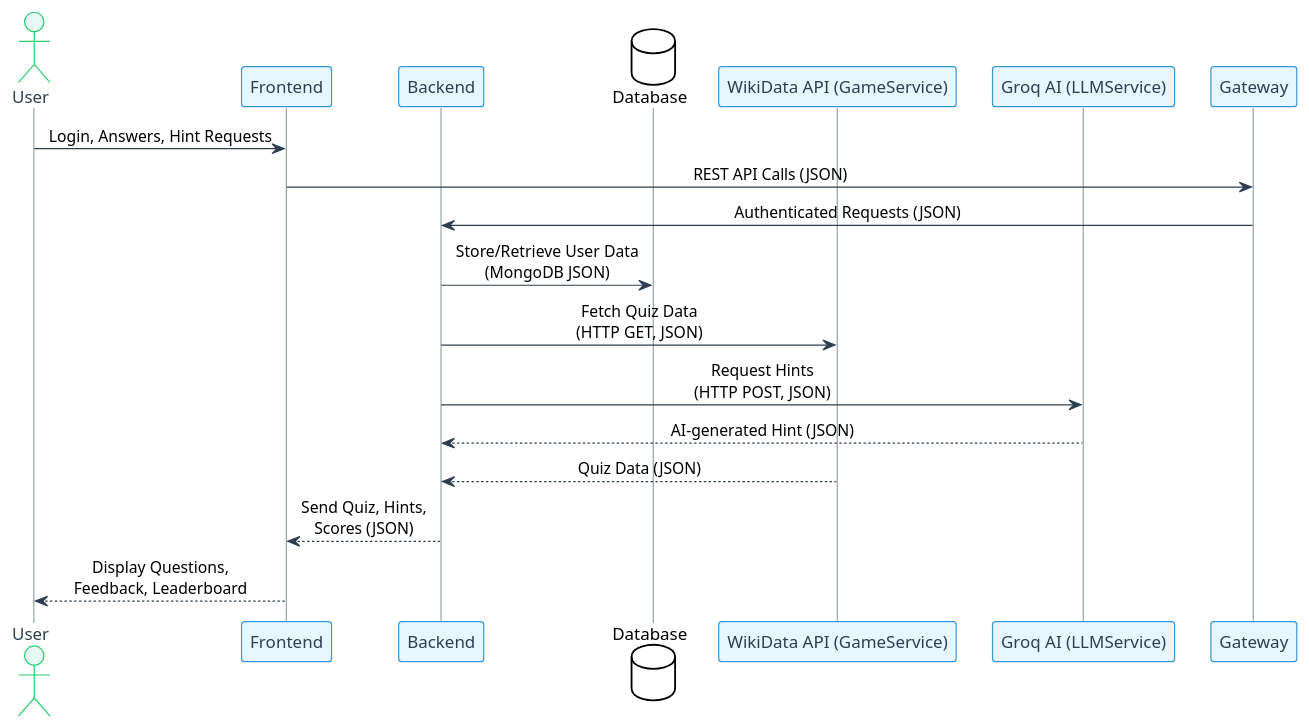
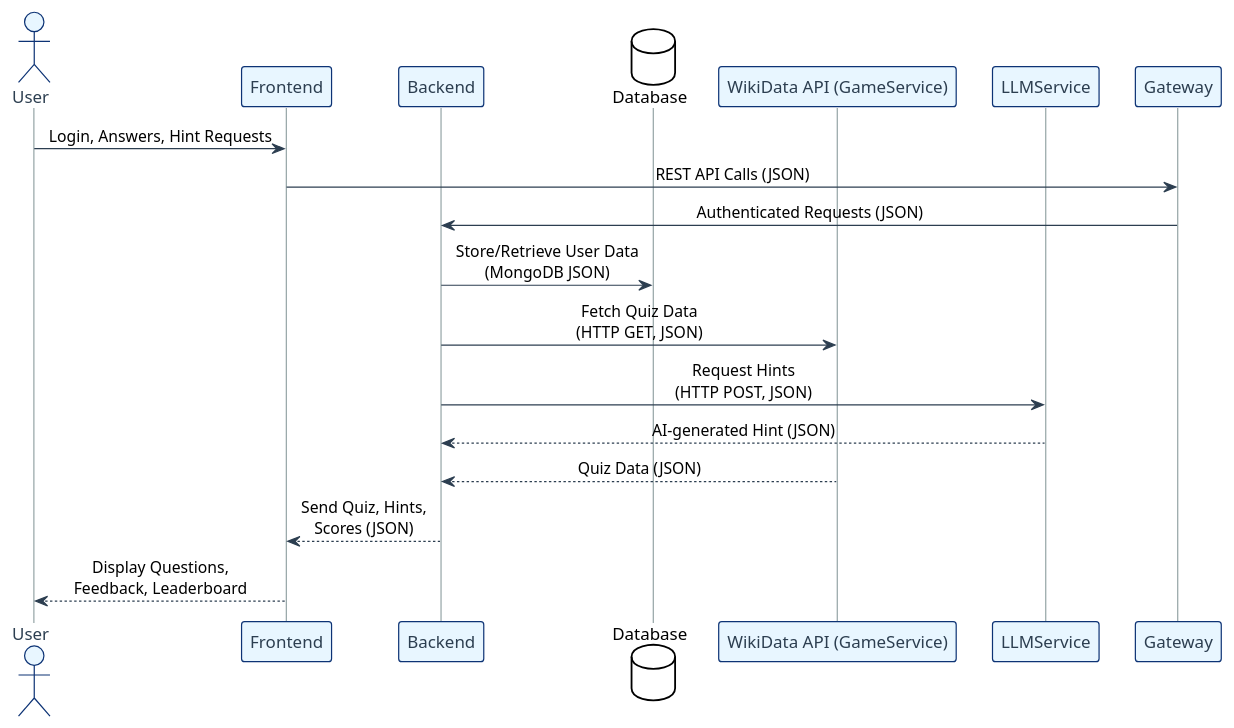
The diagram in docs/src/03_context_and_scope.adoc (Arquisoft/wichat_en2b), drawn with PlantUML before and after one commit. The commit also changed other lines of this file, not shown here.

Commit message:
3-Context and Scope diagram updates.

```diff
--- a/docs/src/03_context_and_scope.adoc
+++ b/docs/src/03_context_and_scope.adoc
@@ -97,49 +83,48 @@
 [plantuml]
 ----
 @startuml
 !theme plain
 skinparam BackgroundColor transparent
 skinparam sequenceMessageAlign center
 
-' Custom styles
 skinparam sequence {
     ArrowColor #2C3E50
     LifeLineBorderColor #95A5A6
     LifeLineBackgroundColor #ECF0F1
     
-    ParticipantBorderColor #3498DB
+    ParticipantBorderColor #0d3375
     ParticipantBackgroundColor #E8F6FF
     ParticipantFontColor #2C3E50
     ParticipantFontSize 14
     
-    ActorBorderColor #2ECC71
-    ActorBackgroundColor #E8F8F5
+    ActorBorderColor #0d3375
+    ActorBackgroundColor #E8F6FF
     ActorFontColor #2C3E50
     ActorFontSize 14
     
     DatabaseBorderColor #9B59B6
     DatabaseBackgroundColor #F4ECF7
 }
 
 actor User
 participant "Frontend" as Frontend
 participant "Backend" as Backend
 database "Database" as DB
 participant "WikiData API (GameService)" as WikiData
-participant "Groq AI (LLMService)" as AI
+participant "LLMService" as AI
 participant "Gateway" as Gateway
 
 User -> Frontend : Login, Answers, Hint Requests
 Frontend -> Gateway : REST API Calls (JSON)
 
 Gateway -> Backend : Authenticated Requests (JSON)
 Backend -> DB : Store/Retrieve User Data\n(MongoDB JSON)
 Backend -> WikiData : Fetch Quiz Data\n(HTTP GET, JSON)
 Backend -> AI : Request Hints\n(HTTP POST, JSON)
 
 AI --> Backend : AI-generated Hint (JSON)
 WikiData --> Backend : Quiz Data (JSON)
 Backend --> Frontend : Send Quiz, Hints,\nScores (JSON)
 Frontend --> User : Display Questions,\nFeedback, Leaderboard
 @enduml
 ----
```
